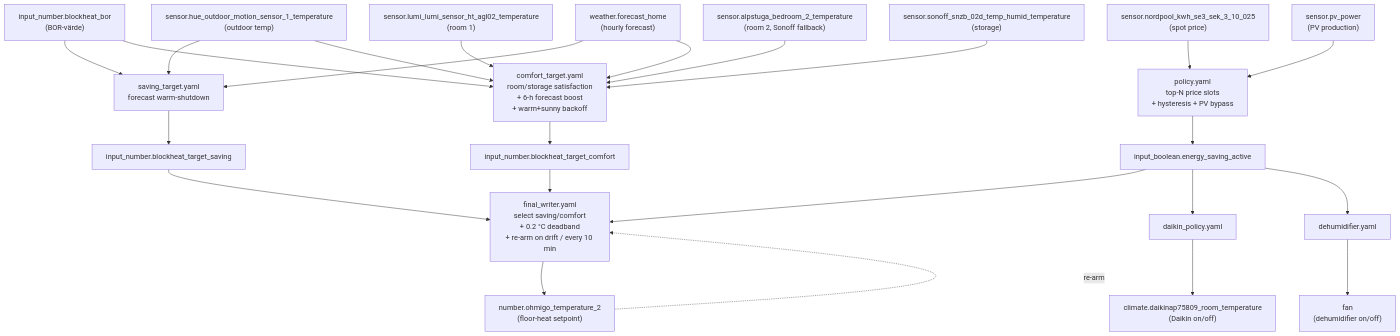
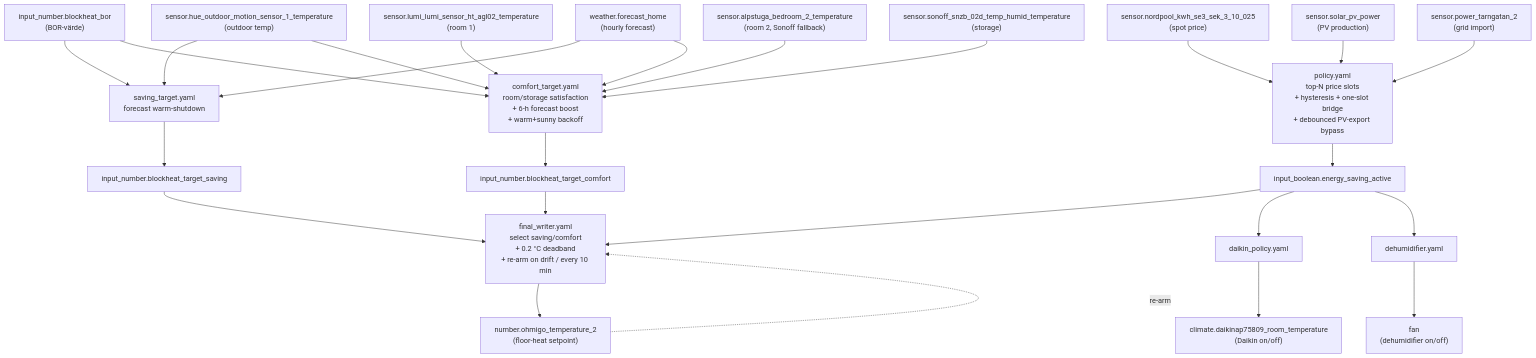
One commit to ohlsont/home-assistant-blueprints changed the diagram in automations/README.md. Above: the diagram before and after it, drawn with Mermaid. The commit also changed other lines of this file and 1 other file, not shown here.

First line of the commit message:
fix(policy): stop saving windows breaking on 0 W blips and one-slot dips

````diff
--- a/automations/README.md
+++ b/automations/README.md
@@ -16,43 +16,45 @@
 ```mermaid
 flowchart TD
     nordpool["sensor.nordpool_kwh_se3_sek_3_10_025\n(spot price)"]
-    pv["sensor.pv_power\n(PV production)"]
+    pv["sensor.solar_pv_power\n(PV production)"]
+    grid["sensor.power_tarngatan_2\n(grid import)"]
     outdoor["sensor.hue_outdoor_motion_sensor_1_temperature\n(outdoor temp)"]
     room1["sensor.lumi_lumi_sensor_ht_agl02_temperature\n(room 1)"]
     room2["sensor.alpstuga_bedroom_2_temperature\n(room 2, Sonoff fallback)"]
     storage["sensor.sonoff_snzb_02d_temp_humid_temperature\n(storage)"]
     forecast["weather.forecast_home\n(hourly forecast)"]
 
     nordpool --> policy
     pv --> policy
-    policy["policy.yaml\ntop-N price slots\n+ hysteresis + PV bypass"]
+    grid --> policy
+    policy["policy.yaml\ntop-N price slots\n+ hysteresis + one-slot bridge\n+ debounced PV-export bypass"]
 
     policy --> flag["input_boolean.energy_saving_active"]
 
     bor["input_number.blockheat_bor\n(BOR-värde)"]
 
     bor --> saving_target
     outdoor --> saving_target["saving_target.yaml\nforecast warm-shutdown"]
     forecast --> saving_target
     saving_target --> ib_saving["input_number.blockheat_target_saving"]
 
     bor --> comfort_target
     outdoor --> comfort_target["comfort_target.yaml\nroom/storage satisfaction\n+ 6-h forecast boost\n+ warm+sunny backoff"]
     room1 --> comfort_target
     room2 --> comfort_target
     storage --> comfort_target
     forecast --> comfort_target
     comfort_target --> ib_comfort["input_number.blockheat_target_comfort"]
 
     flag --> final_writer["final_writer.yaml\nselect saving/comfort\n+ 0.2 °C deadband\n+ re-arm on drift / every 10 min"]
     ib_saving --> final_writer
     ib_comfort --> final_writer
     final_writer --> ohmigo["number.ohmigo_temperature_2\n(floor-heat setpoint)"]
     ohmigo -.re-arm.-> final_writer
 
     flag --> daikin_policy["daikin_policy.yaml"]
     daikin_policy --> daikin["climate.daikinap75809_room_temperature\n(Daikin on/off)"]
 
     flag --> dehumidifier["dehumidifier.yaml"]
     dehumidifier --> fan["fan\n(dehumidifier on/off)"]
 ```
````
